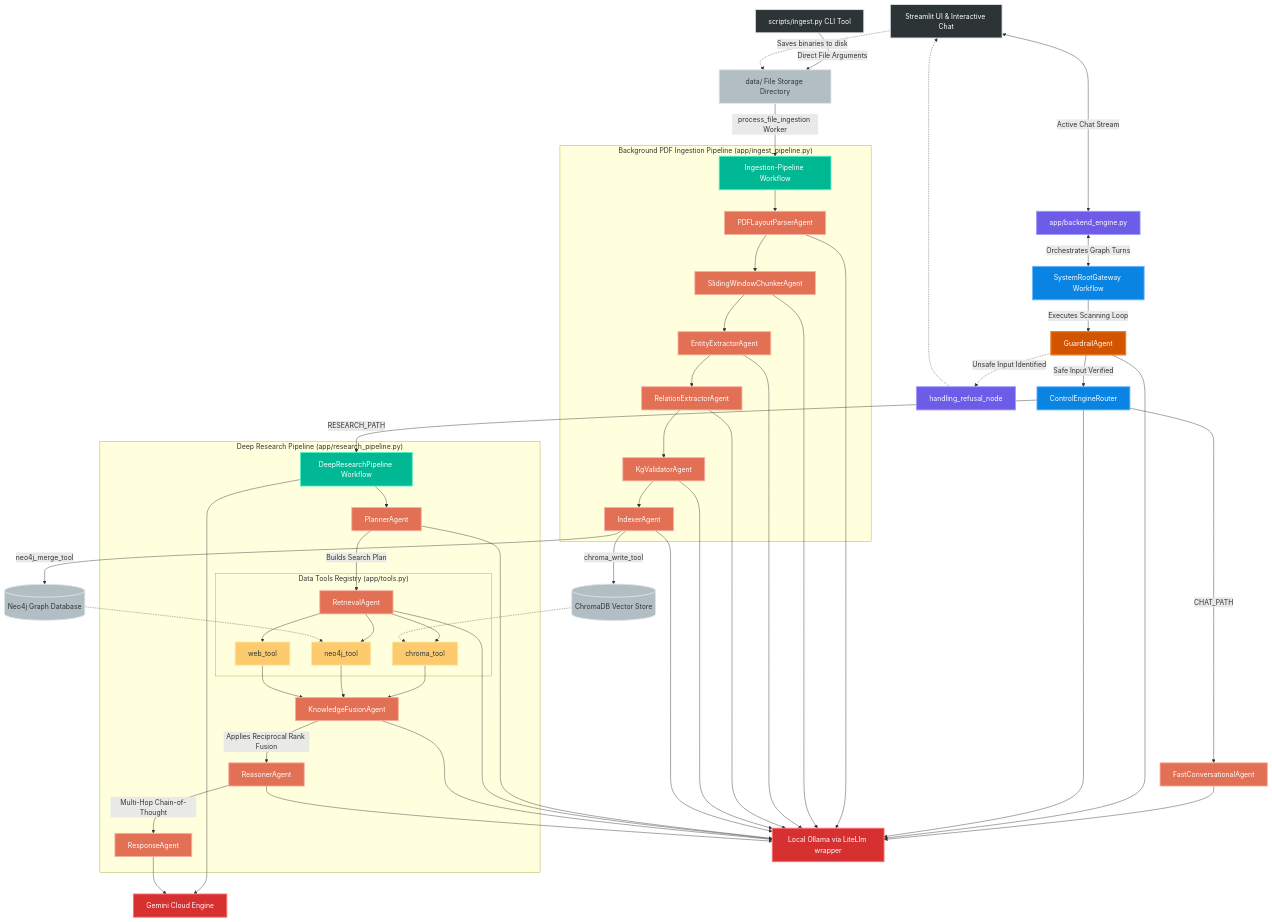
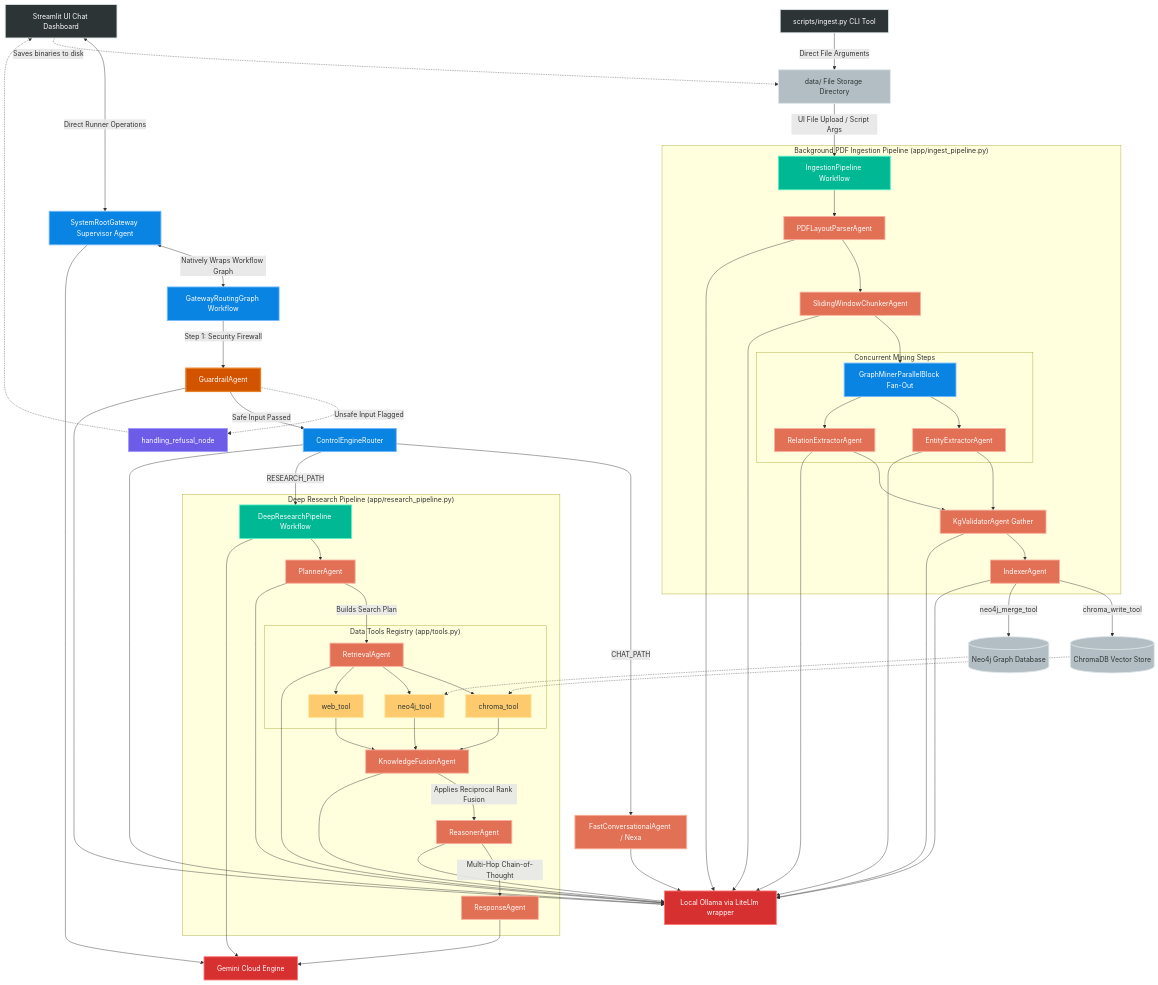
The first of 3 diagrams in README.md (ranapratapmajee/nexusmind-adk), drawn with Mermaid before and after one commit. The commit also changed other lines of this file and 4 other files, not shown here.

````diff
--- a/README.md
+++ b/README.md
@@ -15,73 +15,79 @@
 ```mermaid
 graph TD
     %% Component Style Classes
     classDef client fill:#2d3436,stroke:#dfe6e9,stroke-width:2px,color:#fff;
     classDef orchestrator fill:#0984e3,stroke:#74b9ff,stroke-width:2px,color:#fff;
     classDef control fill:#6c5ce7,stroke:#a29bfe,stroke-width:2px,color:#fff;
     classDef workflow fill:#00b894,stroke:#55efc4,stroke-width:2px,color:#fff;
     classDef guardrail fill:#d35400,stroke:#e67e22,stroke-width:3px,color:#fff;
     classDef agent fill:#e17055,stroke:#fab1a0,stroke-width:2px,color:#fff;
     classDef tool fill:#fdcb6e,stroke:#ffeaa7,stroke-width:2px,color:#2d3436;
     classDef storage fill:#b2bec3,stroke:#dfe6e9,stroke-width:2px,color:#2d3436;
     classDef compute fill:#d63031,stroke:#ff7675,stroke-width:2px,color:#fff;
 
     %% Presentation Layer / Data Entries
-    UI[Streamlit UI & Interactive Chat]:::client <--> |Active Chat Stream| BackendEngine[app/backend_engine.py]:::control
+    UI[Streamlit UI Chat Dashboard]:::client <--> |Direct Runner Operations| RootSupervisor[SystemRootGateway Supervisor Agent]:::orchestrator
     CLI[scripts/ingest.py CLI Tool]:::client --> |Direct File Arguments| DataFolder[data/ File Storage Directory]:::storage
     UI -.-> |Saves binaries to disk| DataFolder
 
-    %% Conversational Core Road
-    BackendEngine <--> |Orchestrates Graph Turns| Gateway[SystemRootGateway Workflow]:::orchestrator
-    Gateway --> |Executes Scanning Loop| GuardrailAgent[GuardrailAgent]:::guardrail
-    GuardrailAgent -.-> |Unsafe Input Identified| Refusal[handling_refusal_node]:::control
+    %% Chat Supervisor Route Logic
+    RootSupervisor <--> |Natively Wraps Workflow Graph| InternalGraph[GatewayRoutingGraph Workflow]:::orchestrator
+    InternalGraph --> |Step 1: Security Firewall| GuardrailAgent[GuardrailAgent]:::guardrail
+    GuardrailAgent -.-> |Unsafe Input Flagged| Refusal[handling_refusal_node]:::control
     Refusal -.-> UI
 
-    GuardrailAgent --> |Safe Input Verified| Router[ControlEngineRouter]:::orchestrator
-    Router --> |CHAT_PATH| FastAgent[FastConversationalAgent]:::agent
+    GuardrailAgent --> |Safe Input Passed| Router[ControlEngineRouter]:::orchestrator
+    Router --> |CHAT_PATH| FastAgent[FastConversationalAgent / Nexa]:::agent
     Router --> |RESEARCH_PATH| DeepResearch[DeepResearchPipeline Workflow]:::workflow
 
     %% Ingestion Lane Bypass (Decoupled & File-Driven)
-    DataFolder --> |process_file_ingestion Worker| IngestFlow[Ingestion-Pipeline Workflow]:::workflow
+    DataFolder --> |UI File Upload / Script Args| IngestFlow[IngestionPipeline Workflow]:::workflow
 
     %% Ingestion Pipeline 
     subgraph Ingestion_Pipeline ["Background PDF Ingestion Pipeline (app/ingest_pipeline.py)"]
         IngestFlow --> Parser[PDFLayoutParserAgent]:::agent
         Parser --> Chunker[SlidingWindowChunkerAgent]:::agent
-        Chunker --> EntityExt[EntityExtractorAgent]:::agent
-        EntityExt --> RelExt[RelationExtractorAgent]:::agent
-        RelExt --> KGVal[KgValidatorAgent]:::agent
+        Chunker --> ParallelBlock[GraphMinerParallelBlock Fan-Out]:::orchestrator
+        
+        subgraph Parallel_Extraction ["Concurrent Mining Steps"]
+            ParallelBlock --> EntityExt[EntityExtractorAgent]:::agent
+            ParallelBlock --> RelExt[RelationExtractorAgent]:::agent
+        end
+        
+        EntityExt --> KGVal[KgValidatorAgent Gather]:::agent
+        RelExt --> KGVal
         KGVal --> Indexer[IndexerAgent]:::agent
     end
 
     %% Adaptive Runtime Multi-Agent Pipeline
     subgraph Reasoning_Pipeline ["Deep Research Pipeline (app/research_pipeline.py)"]
         DeepResearch --> Planner[PlannerAgent]:::agent
         Planner --> |Builds Search Plan| Retrieval[RetrievalAgent]:::agent
         
         %% Tool Registry
         subgraph ADK_Tool_Registry ["Data Tools Registry (app/tools.py)"]
             Retrieval --> CTool[chroma_tool]:::tool
             Retrieval --> NTool[neo4j_tool]:::tool
             Retrieval --> WTool[web_tool]:::tool
         end
         
         CTool --> Fusion[KnowledgeFusionAgent]:::agent
         NTool --> Fusion
         WTool --> Fusion
         
         Fusion --> |Applies Reciprocal Rank Fusion| Reasoner[ReasonerAgent]:::agent
         Reasoner --> |Multi-Hop Chain-of-Thought| Responder[ResponseAgent]:::agent
     end
 
     %% Storage Topology
     Indexer --> |chroma_write_tool| Chroma[(ChromaDB Vector Store)]:::storage
     Indexer --> |neo4j_merge_tool| Neo4j[(Neo4j Graph Database)]:::storage
     
     Neo4j -.-> NTool
     Chroma -.-> CTool
 
     %% Unified Compute Targets
     FastAgent & GuardrailAgent & Router & Parser & Chunker & EntityExt & RelExt & KGVal & Indexer & Planner & Retrieval & Fusion & Reasoner --> LocalOllama[Local Ollama via LiteLlm wrapper]:::compute
-    DeepResearch & Responder --> GeminiCloud[Gemini Cloud Engine]:::compute
+    DeepResearch & Responder & RootSupervisor --> GeminiCloud[Gemini Cloud Engine]:::compute
 
 ```
````
